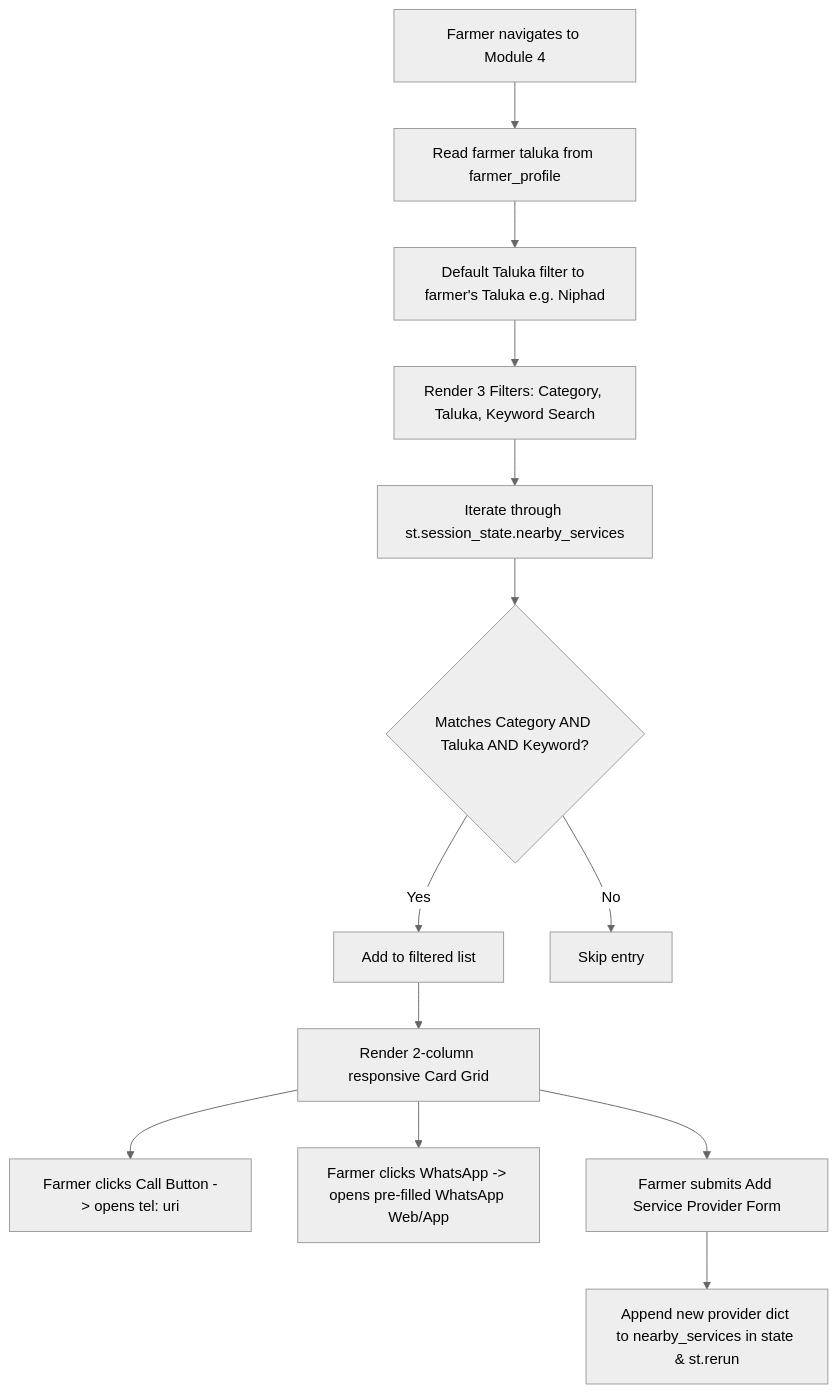
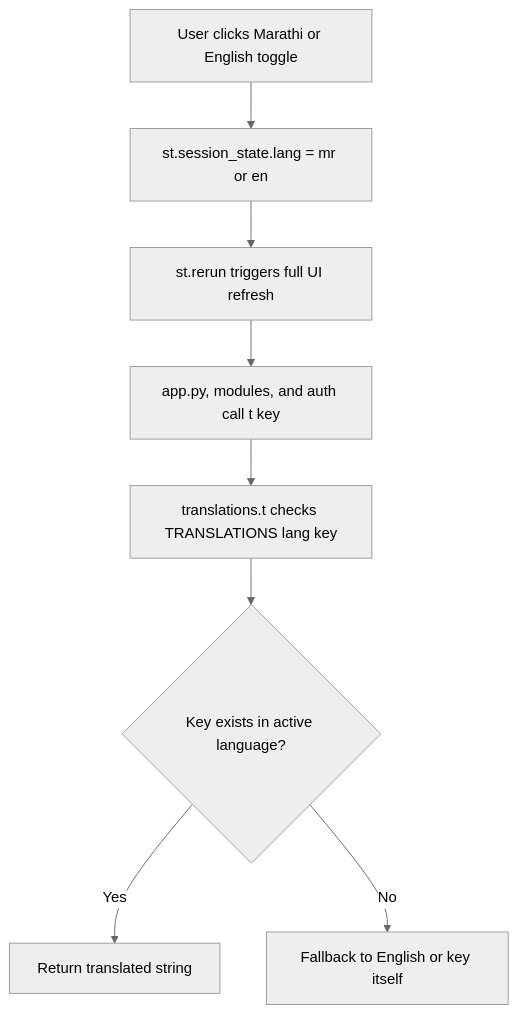
One commit to mruduladere/KrishiVaani changed the second of 2 diagrams in ARCHITECTURE.md. Above: the diagram before and after it, drawn with Mermaid (neutral theme). The commit also changed other lines of this file and 8 other files, not shown here.

Commit message:
feat: add 1-click demo login, session authentication, and english/marathi bilingual engine

````diff
--- a/ARCHITECTURE.md
+++ b/ARCHITECTURE.md
@@ -170,21 +161,10 @@
 ```mermaid
 flowchart TD
-    OpenServices[Farmer navigates to Module 4] --> ReadProfile[Read farmer taluka from farmer_profile]
-    ReadProfile --> SetDefaultTaluka[Default Taluka filter to farmer's Taluka e.g. Niphad]
-    
-    SetDefaultTaluka --> RenderFilters[Render 3 Filters: Category, Taluka, Keyword Search]
-    
-    RenderFilters --> FilterLoop[Iterate through st.session_state.nearby_services]
-    FilterLoop --> CheckMatch{Matches Category AND Taluka AND Keyword?}
-    
-    CheckMatch -->|Yes| AddToFiltered[Add to filtered list]
-    CheckMatch -->|No| Discard[Skip entry]
-    
-    AddToFiltered --> RenderGrid[Render 2-column responsive Card Grid]
-    
-    RenderGrid --> ClickCall[Farmer clicks Call Button -> opens tel: uri]
-    RenderGrid --> ClickWA[Farmer clicks WhatsApp -> opens pre-filled WhatsApp Web/App]
-    
-    RenderGrid --> AddProvider[Farmer submits Add Service Provider Form]
-    AddProvider --> AppendService[Append new provider dict to nearby_services in state & st.rerun]
+    UserToggle[User clicks Marathi or English toggle] --> SetLang[st.session_state.lang = mr or en]
+    SetLang --> TriggerRerun[st.rerun triggers full UI refresh]
+    TriggerRerun --> AppRender[app.py, modules, and auth call t key]
+    AppRender --> LookupDict[translations.t checks TRANSLATIONS lang key]
+    LookupDict --> FallbackCheck{Key exists in active language?}
+    FallbackCheck -->|Yes| ReturnStr[Return translated string]
+    FallbackCheck -->|No| ReturnFallback[Fallback to English or key itself]
 ```
````
